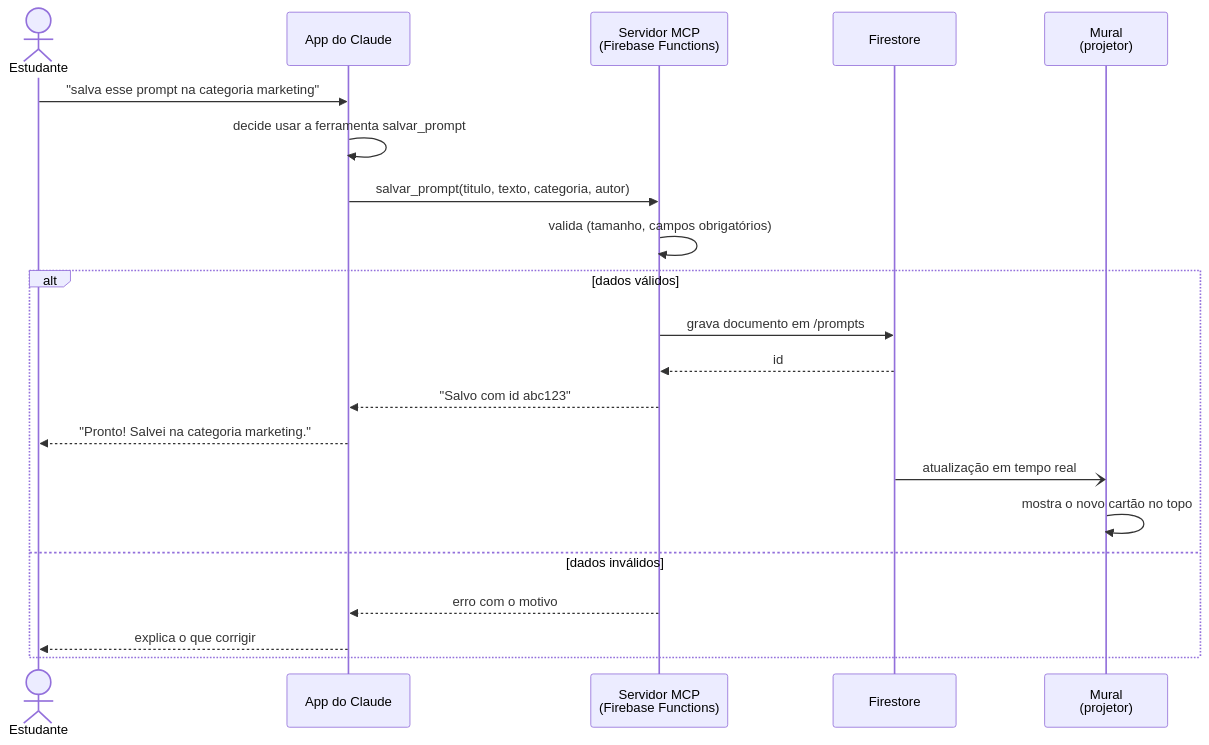
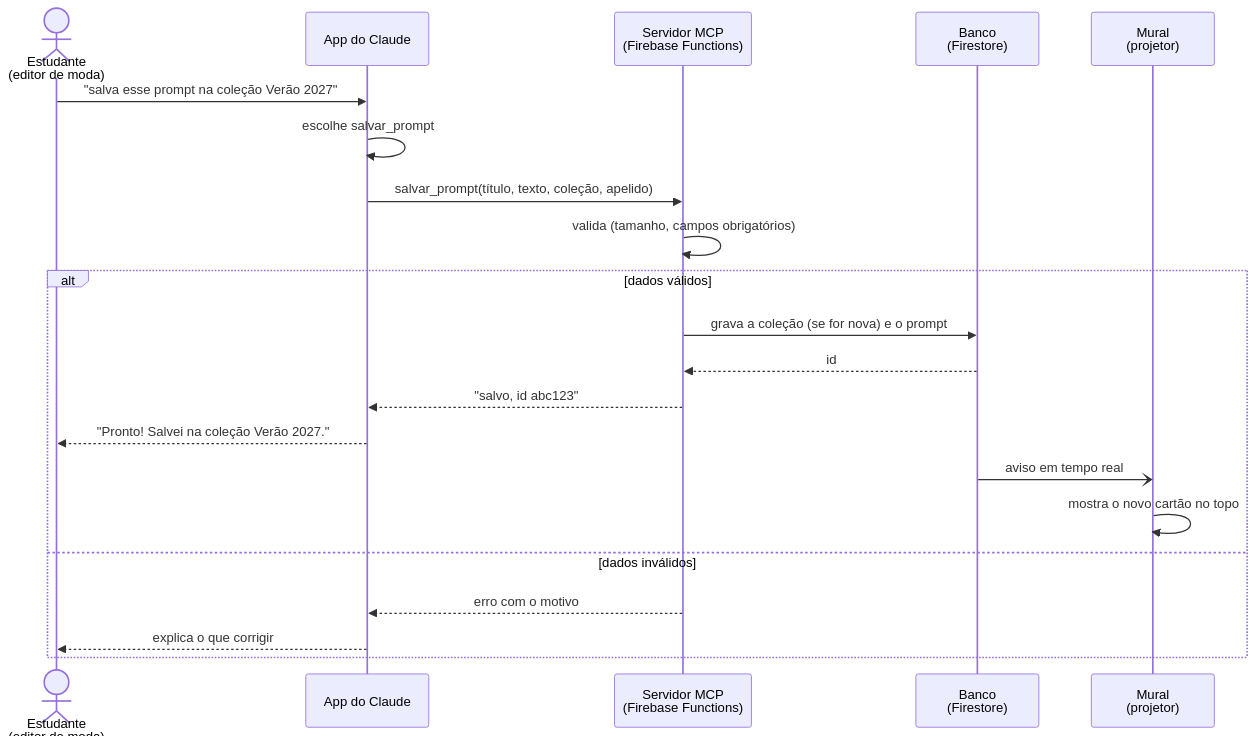
One commit to Silverbullet-live/gerenciador-prompts changed the diagram in docs/04-sequencia.md. Above: the diagram before and after it, drawn with Mermaid. The commit also changed other lines of this file and 18 other files, not shown here.

````diff
--- a/docs/04-sequencia.md
+++ b/docs/04-sequencia.md
@@ -5,24 +5,24 @@
 ```mermaid
 sequenceDiagram
-    actor E as Estudante
+    actor E as Estudante<br/>(editor de moda)
     participant C as App do Claude
     participant S as Servidor MCP<br/>(Firebase Functions)
-    participant DB as Firestore
+    participant DB as Banco<br/>(Firestore)
     participant M as Mural<br/>(projetor)
 
-    E->>C: "salva esse prompt na categoria marketing"
-    C->>C: decide usar a ferramenta salvar_prompt
-    C->>S: salvar_prompt(titulo, texto, categoria, autor)
+    E->>C: "salva esse prompt na coleção Verão 2027"
+    C->>C: escolhe salvar_prompt
+    C->>S: salvar_prompt(título, texto, coleção, apelido)
     S->>S: valida (tamanho, campos obrigatórios)
     alt dados válidos
-        S->>DB: grava documento em /prompts
+        S->>DB: grava a coleção (se for nova) e o prompt
         DB-->>S: id
-        S-->>C: "Salvo com id abc123"
-        C-->>E: "Pronto! Salvei na categoria marketing."
-        DB-)M: atualização em tempo real
+        S-->>C: "salvo, id abc123"
+        C-->>E: "Pronto! Salvei na coleção Verão 2027."
+        DB-)M: aviso em tempo real
         M->>M: mostra o novo cartão no topo
     else dados inválidos
         S-->>C: erro com o motivo
         C-->>E: explica o que corrigir
     end
 ```
````
